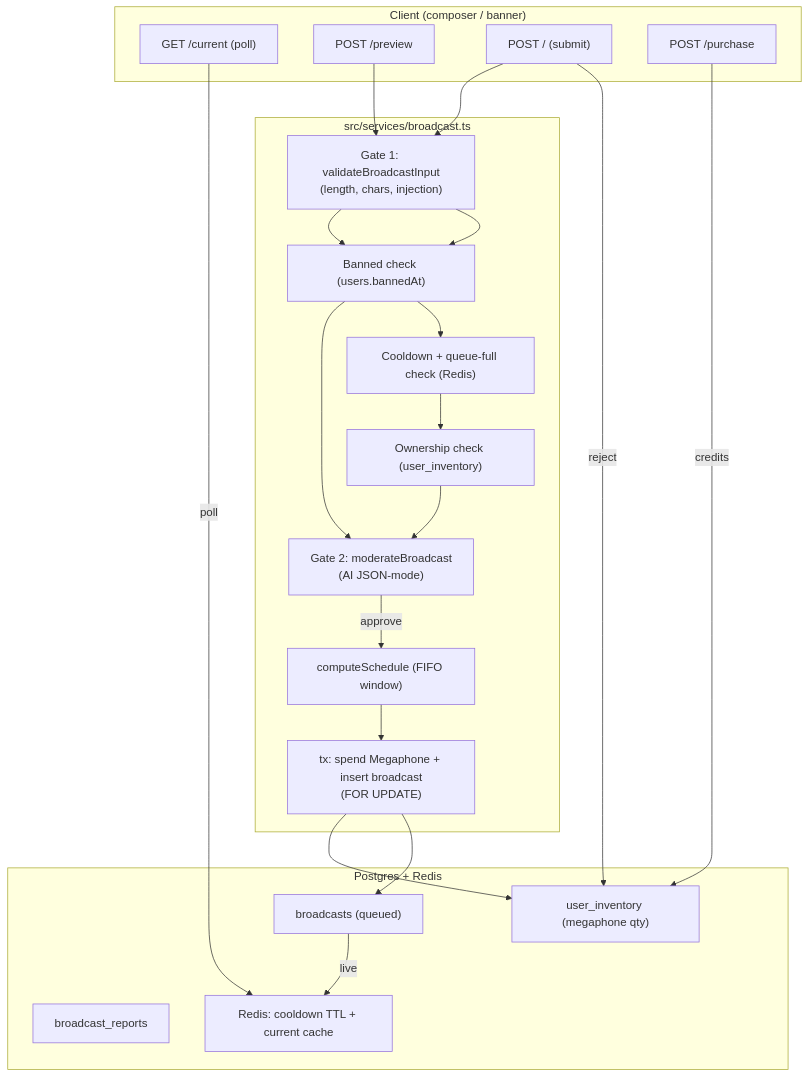
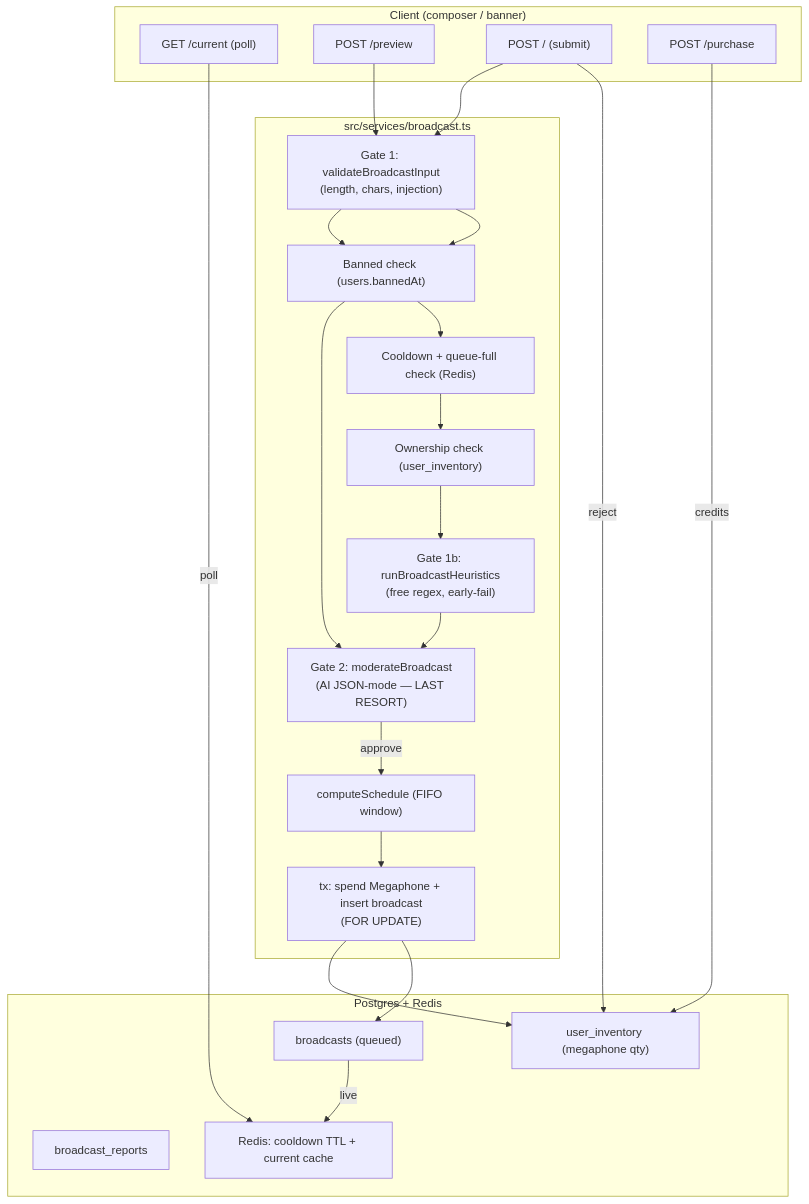
One commit to txufiknr/Twistloom-backend changed the first of 2 diagrams in docs/architecture/BROADCAST_ARCHITECTURE.md. Above: the diagram before and after it, drawn with Mermaid. The commit also changed other lines of this file and 10 other files, not shown here.

````diff
--- a/docs/architecture/BROADCAST_ARCHITECTURE.md
+++ b/docs/architecture/BROADCAST_ARCHITECTURE.md
@@ -31,36 +31,37 @@
 ```mermaid
 flowchart TD
     subgraph Client ["Client (composer / banner)"]
         C1["GET /current (poll)"]
         C2["POST /preview"]
         C3["POST / (submit)"]
         C4["POST /purchase"]
     end
 
     subgraph Service ["src/services/broadcast.ts"]
         G1["Gate 1: validateBroadcastInput<br/>(length, chars, injection)"]
         BAN["Banned check (users.bannedAt)"]
         CD["Cooldown + queue-full check (Redis)"]
         OWN["Ownership check (user_inventory)"]
-        G2["Gate 2: moderateBroadcast<br/>(AI JSON-mode)"]
+        H1["Gate 1b: runBroadcastHeuristics<br/>(free regex, early-fail)"]
+        G2["Gate 2: moderateBroadcast<br/>(AI JSON-mode — LAST RESORT)"]
         TX["tx: spend Megaphone + insert broadcast<br/>(FOR UPDATE)"]
         SCHED["computeSchedule (FIFO window)"]
     end
 
     subgraph Data ["Postgres + Redis"]
         INV["user_inventory (megaphone qty)"]
         BC["broadcasts (queued)"]
         RPT["broadcast_reports"]
         RD["Redis: cooldown TTL + current cache"]
     end
 
     C4 -->|credits| INV
     C2 --> G1 --> BAN --> G2
-    C3 --> G1 --> BAN --> CD --> OWN --> G2
+    C3 --> G1 --> BAN --> CD --> OWN --> H1 --> G2
     G2 -->|approve| SCHED --> TX
     TX --> INV
     TX --> BC
     C3 -->|reject| INV
     C1 -->|poll| RD
     BC -->|live| RD
 ```
````
